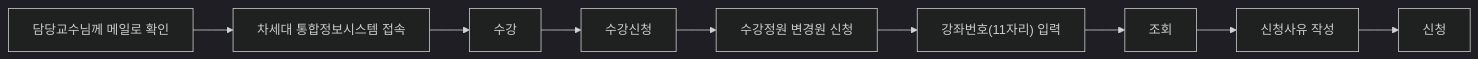
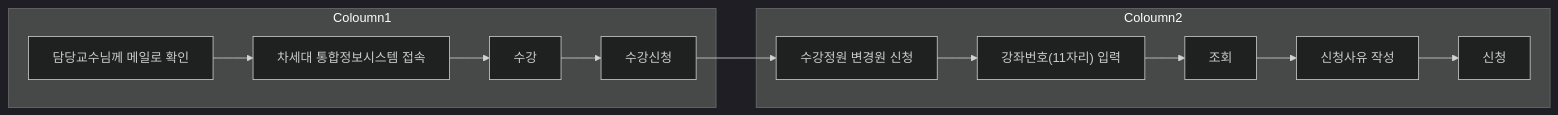
One commit to parkjaeseop/OSS_2026_teamproject changed the third of 3 diagrams in jaeseop/jaeseop.md. Above: the diagram before and after it, drawn with Mermaid (dark theme).

Commit message:
Fix graph expression form in jaeseop.md

````diff
--- a/jaeseop/jaeseop.md
+++ b/jaeseop/jaeseop.md
@@ -65,4 +65,10 @@
 ```mermaid
 graph LR
-A["담당교수님께 메일로 확인"] --> B["차세대 통합정보시스템 접속"] --> C["수강"] --> D["수강신청"] --> E["수강정원 변경원 신청"] --> F["강좌번호(11자리) 입력"] --> G["조회"] --> H["신청사유 작성"] --> I["신청"]
+subgraph Coloumn1
+A["담당교수님께 메일로 확인"] --> B["차세대 통합정보시스템 접속"] --> C["수강"] --> D["수강신청"]
+end
+subgraph Coloumn2
+E["수강정원 변경원 신청"] --> F["강좌번호(11자리) 입력"] --> G["조회"] --> H["신청사유 작성"] --> I["신청"]
+end
+D --> E
 ```
````
